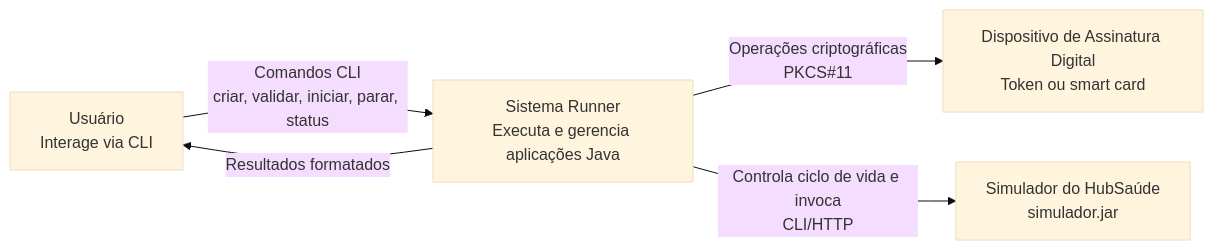
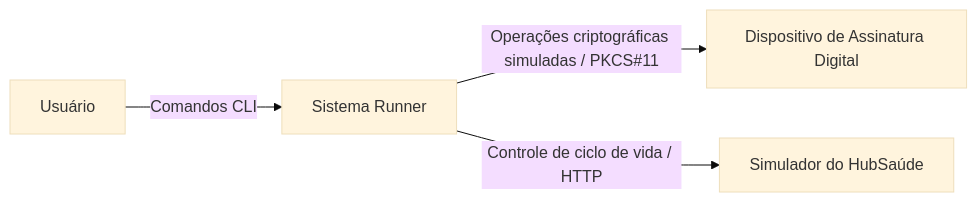
Before and after one commit to BarbaraNogueiraCS/runner: the first of 4 diagrams in documentacaoArquitetura.md, drawn with Mermaid (base theme). The commit also changed other lines of this file and 4 other files, not shown here.

````diff
--- a/documentacaoArquitetura.md
+++ b/documentacaoArquitetura.md
@@ -489,7 +408,6 @@
 ```mermaid
 flowchart LR
-    U[Usuário<br/>Interage via CLI] -->|Comandos CLI<br/>criar, validar, iniciar, parar, status| SR[Sistema Runner<br/>Executa e gerencia aplicações Java]
-    SR -->|Resultados formatados| U
-    SR -->|Operações criptográficas<br/>PKCS#11| D[Dispositivo de Assinatura Digital<br/>Token ou smart card]
-    SR -->|Controla ciclo de vida e invoca<br/>CLI/HTTP| S[Simulador do HubSaúde<br/>simulador.jar]
+    U[Usuário] -->|Comandos CLI| R[Sistema Runner]
+    R -->|Operações criptográficas simuladas / PKCS#11| D[Dispositivo de Assinatura Digital]
+    R -->|Controle de ciclo de vida / HTTP| S[Simulador do HubSaúde]
 ```
````
